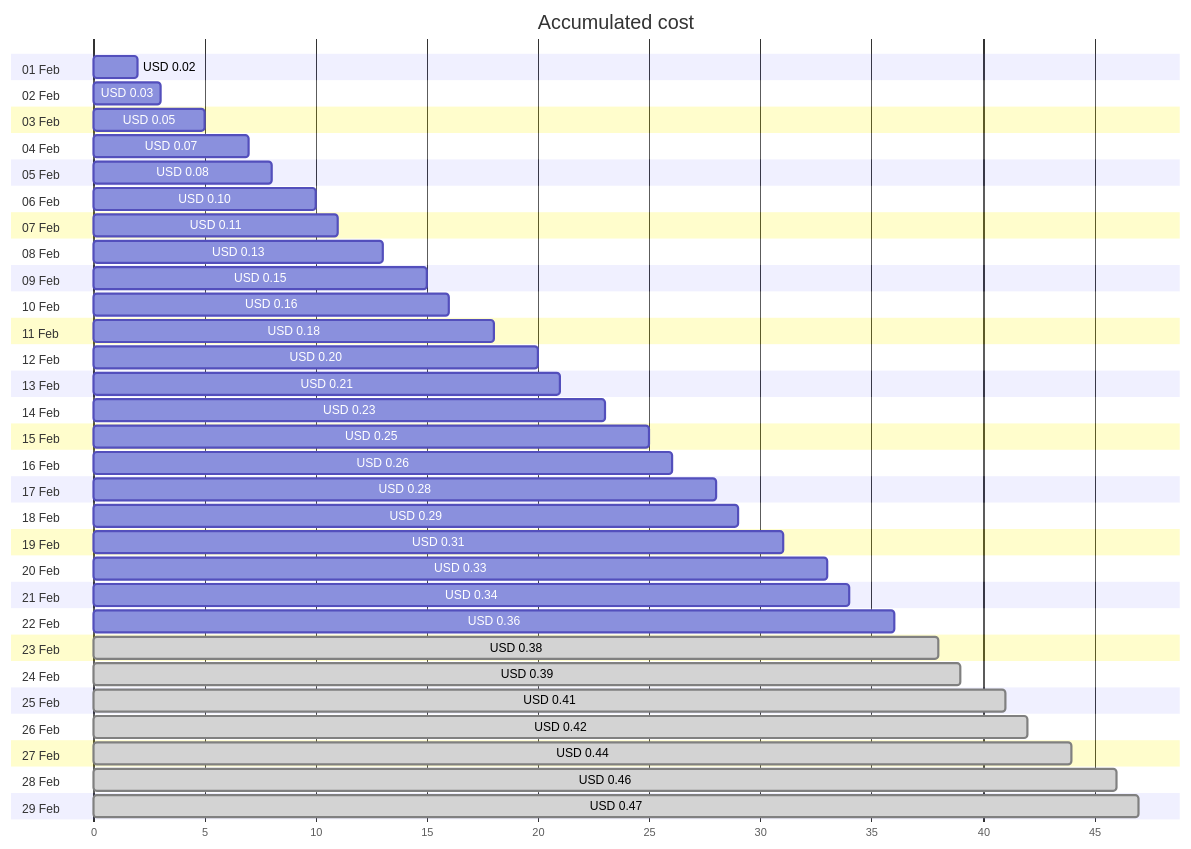
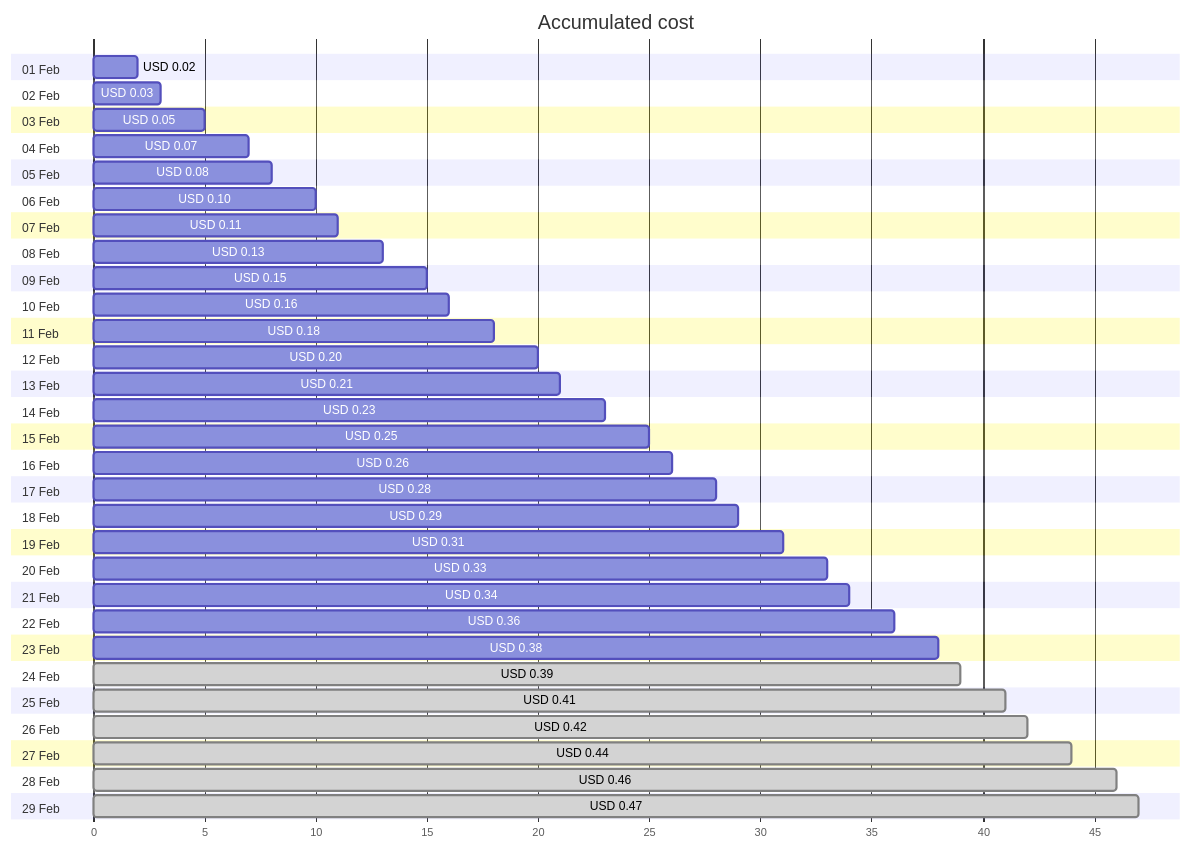
One commit to jpfulton/azure-personal-reports changed the first of 4 diagrams in cost-reports/personal-dns/jpatrickfulton.com.md. Above: the diagram before and after it, drawn with Mermaid. The commit also changed other lines of this file and 2 other files, not shown here.

````diff
--- a/cost-reports/personal-dns/jpatrickfulton.com.md
+++ b/cost-reports/personal-dns/jpatrickfulton.com.md
@@ -20,64 +20,64 @@
 ```mermaid
 gantt
    title Accumulated cost
    dateFormat  X
    axisFormat %s
    section 01 Feb
    USD 0.02 :0, 2
    section 02 Feb
    USD 0.03 :0, 3
    section 03 Feb
    USD 0.05 :0, 5
    section 04 Feb
    USD 0.07 :0, 7
    section 05 Feb
    USD 0.08 :0, 8
    section 06 Feb
    USD 0.10 :0, 10
    section 07 Feb
    USD 0.11 :0, 11
    section 08 Feb
    USD 0.13 :0, 13
    section 09 Feb
    USD 0.15 :0, 15
    section 10 Feb
    USD 0.16 :0, 16
    section 11 Feb
    USD 0.18 :0, 18
    section 12 Feb
    USD 0.20 :0, 20
    section 13 Feb
    USD 0.21 :0, 21
    section 14 Feb
    USD 0.23 :0, 23
    section 15 Feb
    USD 0.25 :0, 25
    section 16 Feb
    USD 0.26 :0, 26
    section 17 Feb
    USD 0.28 :0, 28
    section 18 Feb
    USD 0.29 :0, 29
    section 19 Feb
    USD 0.31 :0, 31
    section 20 Feb
    USD 0.33 :0, 33
    section 21 Feb
    USD 0.34 :0, 34
    section 22 Feb
    USD 0.36 :0, 36
    section 23 Feb
-   USD 0.38 : done, 0, 38
+   USD 0.38 :0, 38
    section 24 Feb
    USD 0.39 : done, 0, 39
    section 25 Feb
    USD 0.41 : done, 0, 41
    section 26 Feb
    USD 0.42 : done, 0, 42
    section 27 Feb
    USD 0.44 : done, 0, 44
    section 28 Feb
    USD 0.46 : done, 0, 46
    section 29 Feb
    USD 0.47 : done, 0, 47
 ```
````
